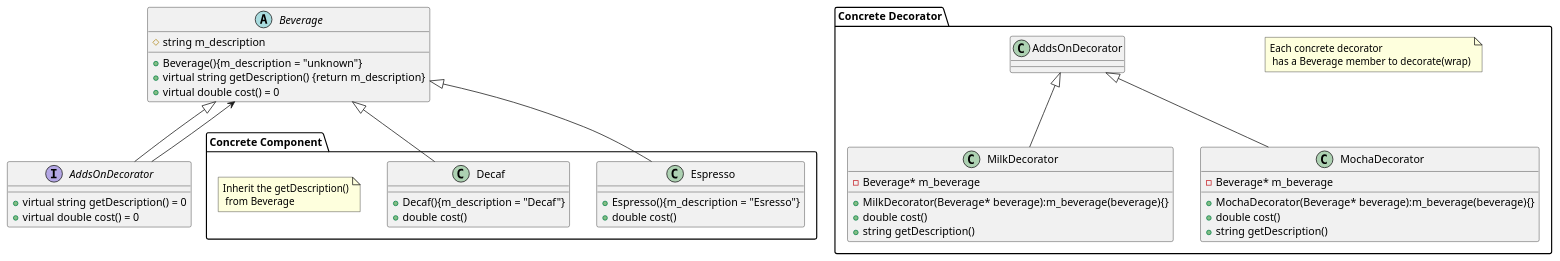
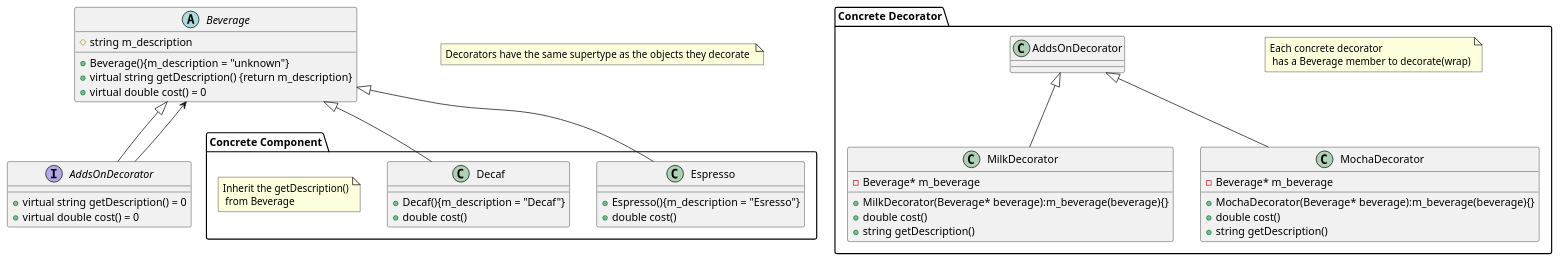
One commit to jwbecalm/Head-First-Design-Patterns-in-CPP changed the diagram in ch03_Decorator/plantuml/Decorator_class.plantuml. Above: the diagram before and after it, drawn with PlantUML. The commit also changed 1 other file, not shown here.

Commit message:
Decorator Pattern, update main.cpp and plantuml

```diff
--- a/ch03_Decorator/plantuml/Decorator_class.plantuml
+++ b/ch03_Decorator/plantuml/Decorator_class.plantuml
@@ -1,49 +1,50 @@
 @startuml Decorator Pattern
 
 abstract Beverage{
     # string m_description 
     + Beverage(){m_description = "unknown"}
     + virtual string getDescription() {return m_description}
     + virtual double cost() = 0
 }
+note "Decorators have the same supertype as the objects they decorate " as N3
 
 Interface AddsOnDecorator{
     + virtual string getDescription() = 0
     + virtual double cost() = 0
 }
 
 
 Beverage <|-- AddsOnDecorator
 Beverage <-- AddsOnDecorator
 package "Concrete Component"{
 class Espresso {
     + Espresso(){m_description = "Esresso"}
     + double cost()
 }
 
 class Decaf {
     + Decaf(){m_description = "Decaf"}
     + double cost()
 }
 note "Inherit the getDescription()\n from Beverage" as N1
 
 }
 Beverage <|-- Espresso
 Beverage <|-- Decaf
 package "Concrete Decorator"{
 note "Each concrete decorator\n has a Beverage member to decorate(wrap)" as N2
 
 class MilkDecorator extends AddsOnDecorator{
     - Beverage* m_beverage
     + MilkDecorator(Beverage* beverage):m_beverage(beverage){}
     + double cost()
     + string getDescription()
 }
 class MochaDecorator extends AddsOnDecorator{
     - Beverage* m_beverage
     + MochaDecorator(Beverage* beverage):m_beverage(beverage){}
     + double cost()
     + string getDescription()
 }
 }
 @enduml
```
